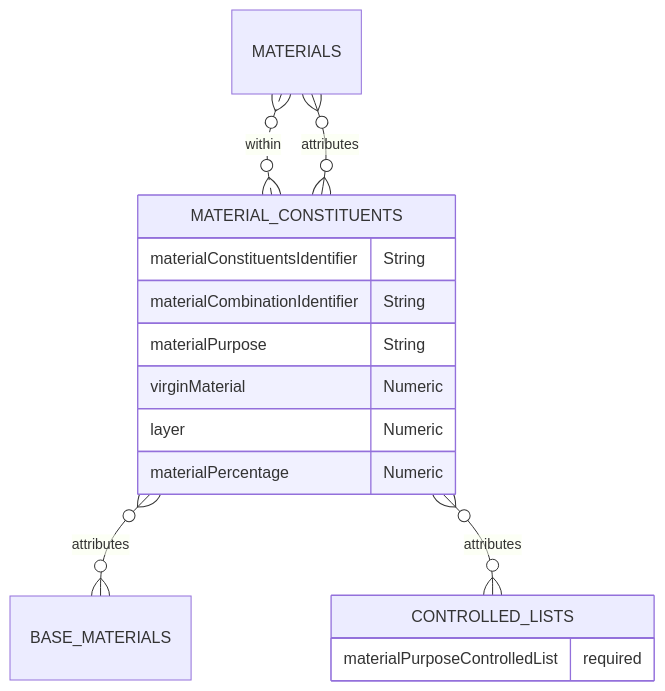
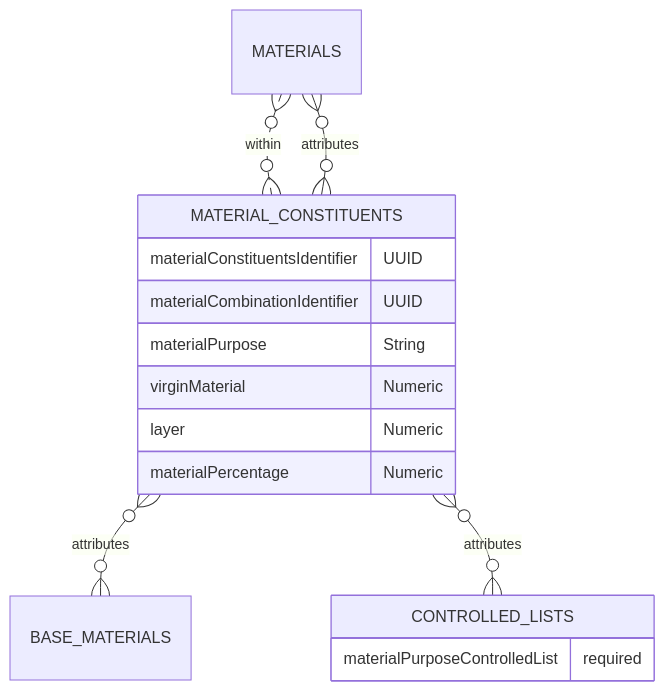
Before and after one commit to OpenDataManchester/Open3P: the diagram in docs/6_Relationship_Lists/6_001_Material_Constituents.md, drawn with Mermaid. The commit also changed other lines of this file, not shown here.

Commit message:
Material Constituents to UUID from string

````diff
--- a/docs/6_Relationship_Lists/6_001_Material_Constituents.md
+++ b/docs/6_Relationship_Lists/6_001_Material_Constituents.md
@@ -22,19 +22,19 @@
 ``` mermaid
 erDiagram
 
   MATERIALS }o..o{ MATERIAL_CONSTITUENTS : within
   MATERIAL_CONSTITUENTS {
-    materialConstituentsIdentifier String
-    materialCombinationIdentifier String
+    materialConstituentsIdentifier UUID
+    materialCombinationIdentifier UUID
     materialPurpose String
     virginMaterial Numeric
     layer Numeric
     materialPercentage Numeric
   }
   MATERIAL_CONSTITUENTS }o--o{ BASE_MATERIALS : attributes
   MATERIAL_CONSTITUENTS }o--o{ MATERIALS : attributes
   MATERIAL_CONSTITUENTS }o--o{ CONTROLLED_LISTS : attributes
   CONTROLLED_LISTS {
     materialPurposeControlledList required 
   }
 ```
````
